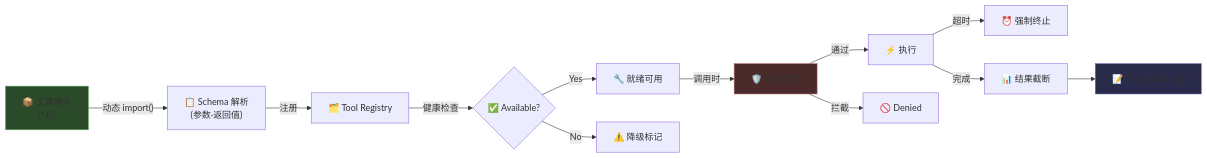
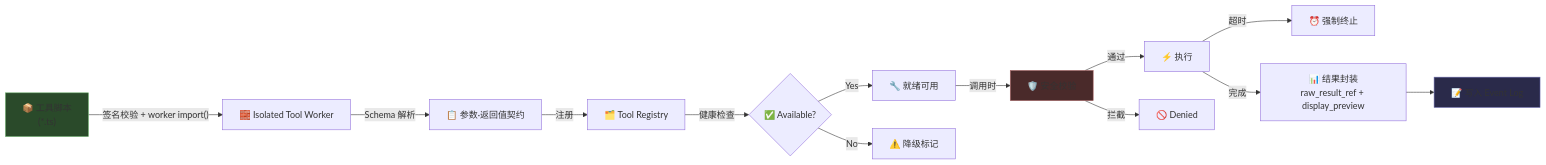
One commit to Yidhar/Embla_System changed diagram 11 of 12 in doc/00-omni-operator-architecture.md. Above: the diagram before and after it, drawn with Mermaid. The commit also changed other lines of this file and 13 other files, not shown here.

Commit message:
docs: refresh architecture specs and security blindspot baseline

````diff
--- a/doc/00-omni-operator-architecture.md
+++ b/doc/00-omni-operator-architecture.md
@@ -786,18 +790,19 @@
 ```mermaid
 flowchart LR
-    A["📦 工具脚本<br/>(*.ts)"] -->|"动态 import()"| B["📋 Schema 解析<br/>(参数·返回值)"]
-    B -->|"注册"| C["🗂️ Tool Registry"]
-    C -->|"健康检查"| D{"✅ Available?"}
-    D -->|Yes| E["🔧 就绪可用"]
-    D -->|No| F["⚠️ 降级标记"]
-    E -->|"调用时"| G["🛡️ 安全校验"]
-    G -->|"通过"| H["⚡ 执行"]
-    G -->|"拦截"| I["🚫 Denied"]
-    H -->|"超时"| J["⏰ 强制终止"]
-    H -->|"完成"| K["📊 结果截断"]
-    K --> L["📝 写入 Event Log"]
+    A["📦 工具脚本<br/>(*.ts)"] -->|"签名校验 + worker import()"| B["🧱 Isolated Tool Worker"]
+    B -->|"Schema 解析"| C["📋 参数·返回值契约"]
+    C -->|"注册"| D["🗂️ Tool Registry"]
+    D -->|"健康检查"| E{"✅ Available?"}
+    E -->|Yes| F["🔧 就绪可用"]
+    E -->|No| G["⚠️ 降级标记"]
+    F -->|"调用时"| H["🛡️ 安全校验"]
+    H -->|"通过"| I["⚡ 执行"]
+    H -->|"拦截"| J["🚫 Denied"]
+    I -->|"超时"| K["⏰ 强制终止"]
+    I -->|"完成"| L["📊 结果封装<br/>raw_result_ref + display_preview"]
+    L --> M["📝 写入 Event Log"]
 
     style A fill:#2a4a2a,stroke:#66aa66
-    style G fill:#4a2a2a,stroke:#aa6666
-    style L fill:#2a2a4a,stroke:#6666aa
+    style H fill:#4a2a2a,stroke:#aa6666
+    style M fill:#2a2a4a,stroke:#6666aa
 ```
````
